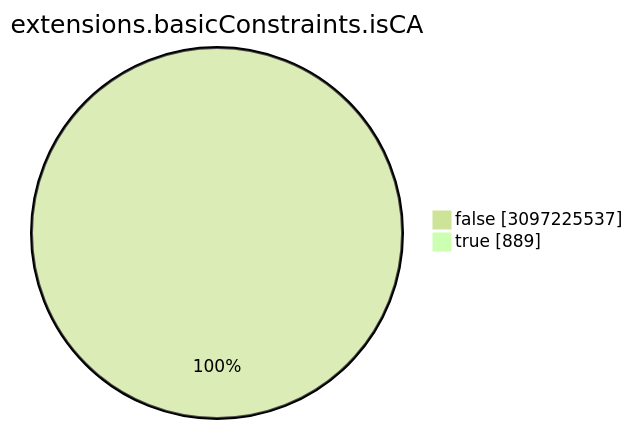
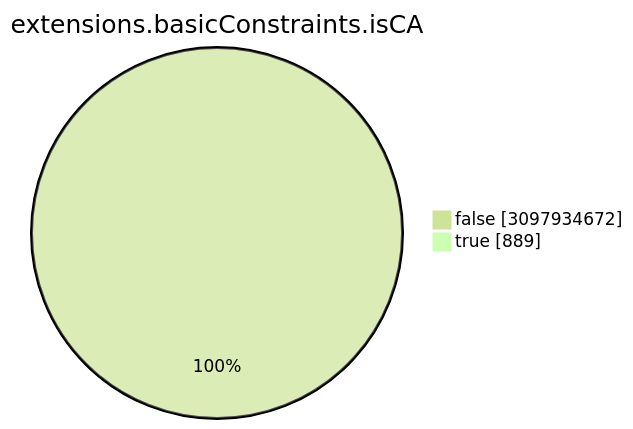
The seventh of 15 diagrams in TOTAL/README.md (christiankrug/ctmonitor_visualization), drawn with Mermaid (forest theme) before and after one commit. The commit also changed other lines of this file, not shown here.

````diff
--- a/TOTAL/README.md
+++ b/TOTAL/README.md
@@ -3088,6 +3088,6 @@
 ```mermaid
 pie showData
 title extensions.basicConstraints.isCA
-"false" :3097225537
+"false" :3097934672
 "true" :889
 ```
````
